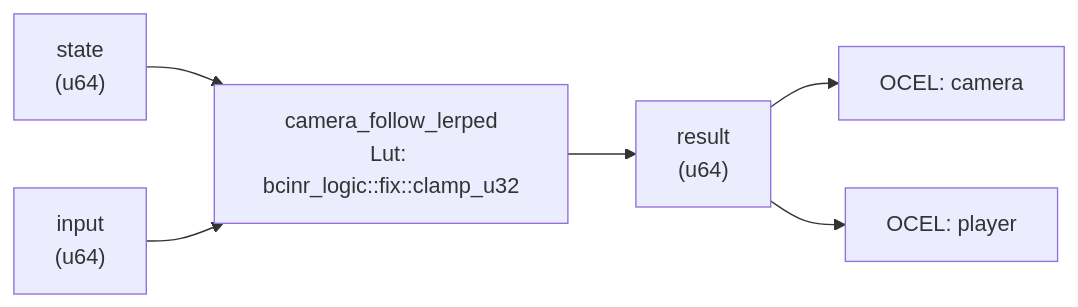
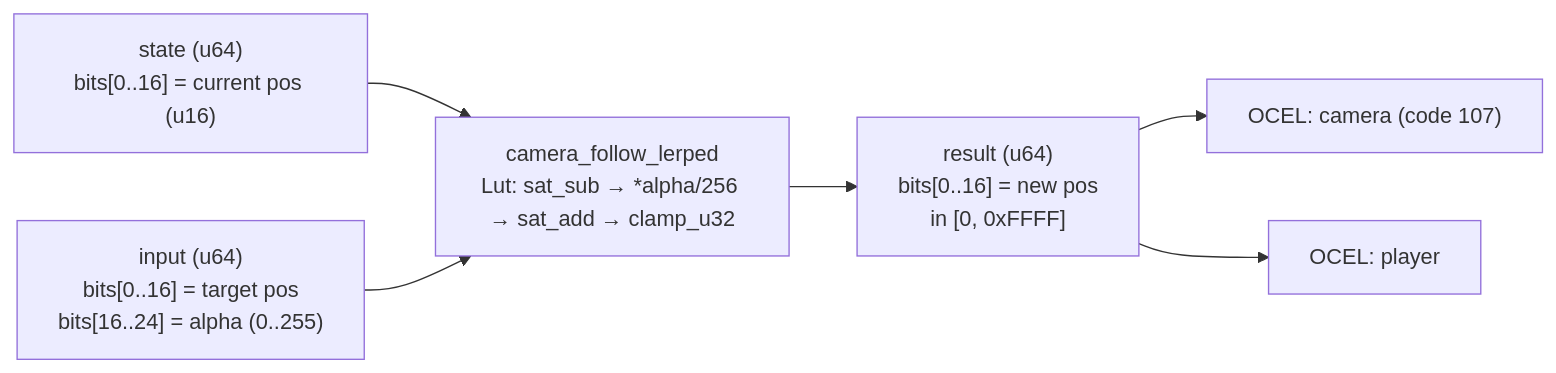
The diagram in crates/wasm4games/docs/patterns/camera_follow_lerped.md (seanchatmangpt/bcinr), drawn with Mermaid before and after one commit. The commit also changed other lines of this file and 36 other files, not shown here.

````diff
--- a/crates/wasm4games/docs/patterns/camera_follow_lerped.md
+++ b/crates/wasm4games/docs/patterns/camera_follow_lerped.md
@@ -56,14 +38,14 @@
 ```mermaid
 graph LR
-    state["state\n(u64)"]
-    input["input\n(u64)"]
-    kernel["camera_follow_lerped\nLut: bcinr_logic::fix::clamp_u32"]
-    result["result\n(u64)"]
+    state["state (u64)\nbits[0..16] = current pos (u16)"]
+    input["input (u64)\nbits[0..16] = target pos\nbits[16..24] = alpha (0..255)"]
+    kernel["camera_follow_lerped\nLut: sat_sub → *alpha/256 → sat_add → clamp_u32"]
+    result["result (u64)\nbits[0..16] = new pos\nin [0, 0xFFFF]"]
     state --> kernel
     input --> kernel
     kernel --> result
-    ocel_0["OCEL: camera"]
+    ocel_0["OCEL: camera (code 107)"]
     result --> ocel_0
     ocel_1["OCEL: player"]
     result --> ocel_1
 ```
````
